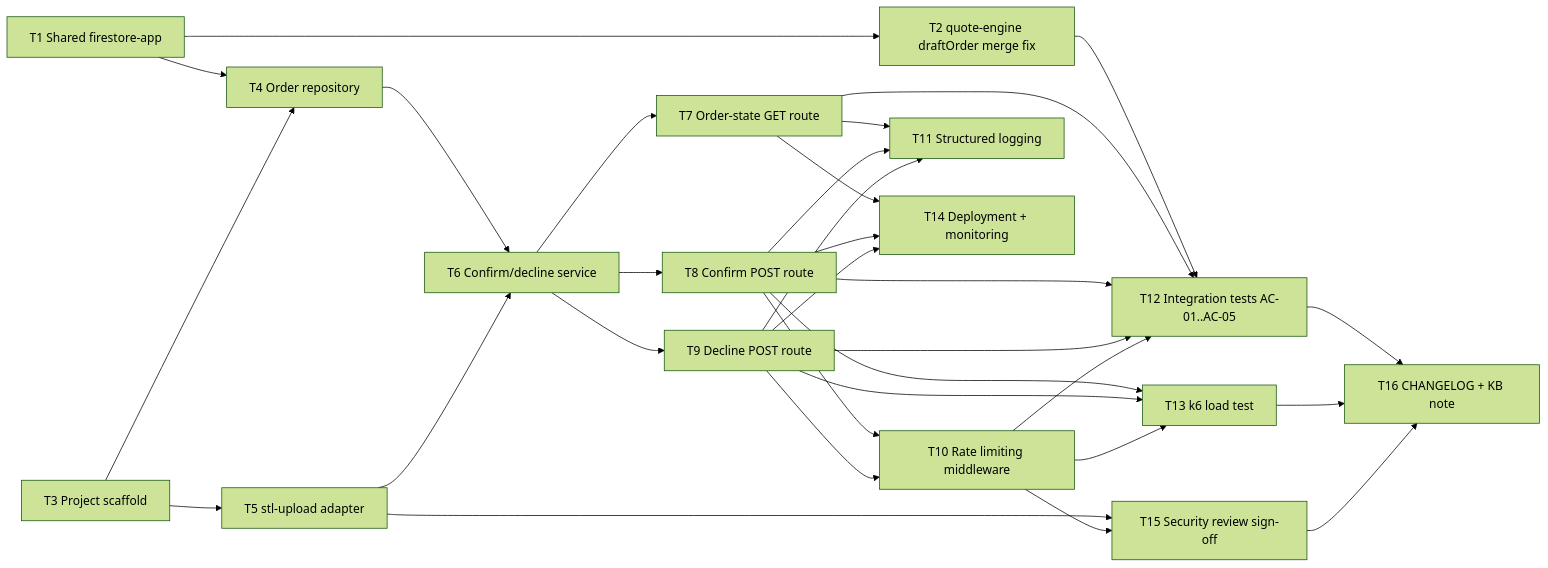
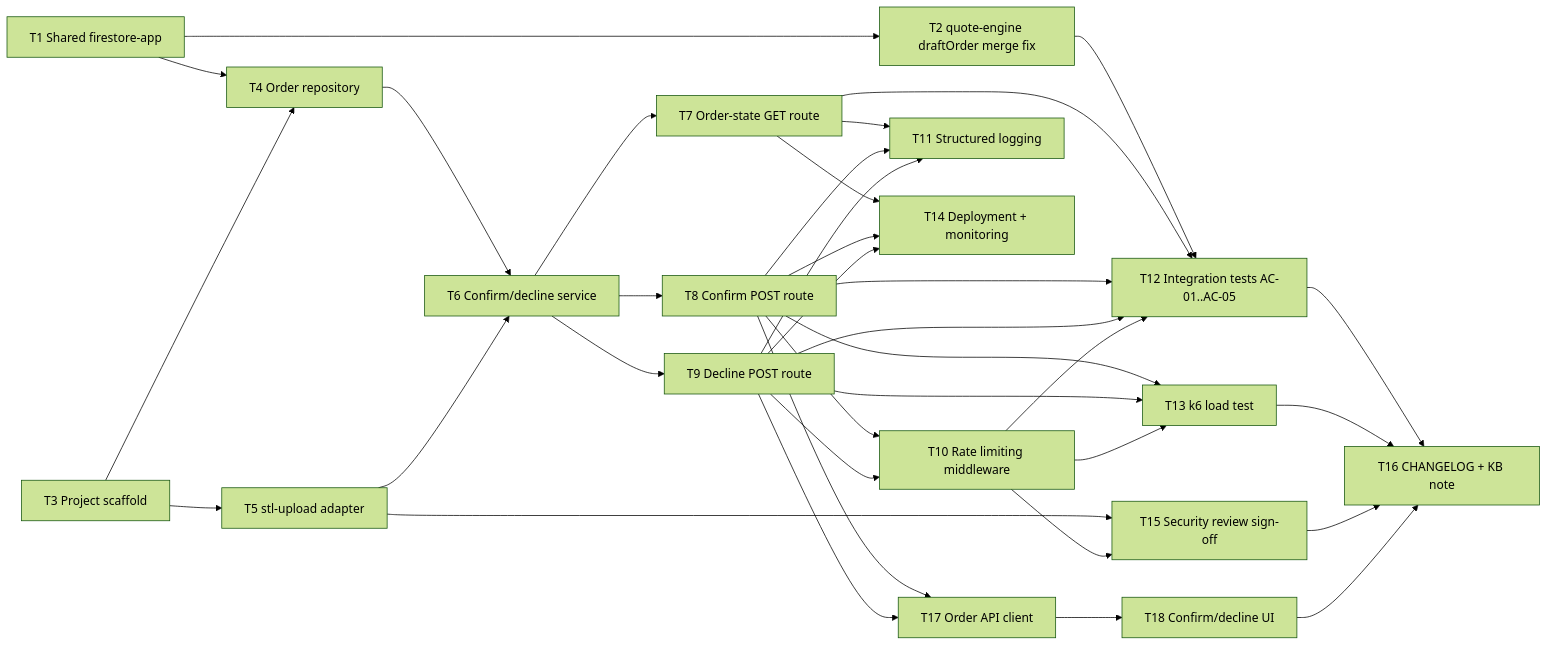
Before and after one commit to yahacom/print-marketplace: the diagram in docs/features/order-confirmation/tasks/_epic.md, drawn with Mermaid (forest theme). The commit also changed other lines of this file and 6 other files, not shown here.

````diff
--- a/docs/features/order-confirmation/tasks/_epic.md
+++ b/docs/features/order-confirmation/tasks/_epic.md
@@ -48,33 +52,37 @@
 ```mermaid
 flowchart LR
     T1[T1 Shared firestore-app] --> T2[T2 quote-engine draftOrder merge fix]
     T1 --> T4[T4 Order repository]
     T3[T3 Project scaffold] --> T4
     T3 --> T5[T5 stl-upload adapter]
     T4 --> T6[T6 Confirm/decline service]
     T5 --> T6
     T6 --> T7[T7 Order-state GET route]
     T6 --> T8[T8 Confirm POST route]
     T6 --> T9[T9 Decline POST route]
     T8 --> T10[T10 Rate limiting middleware]
     T9 --> T10
     T7 --> T11[T11 Structured logging]
     T8 --> T11
     T9 --> T11
     T2 --> T12[T12 Integration tests AC-01..AC-05]
     T7 --> T12
     T8 --> T12
     T9 --> T12
     T10 --> T12
     T8 --> T13[T13 k6 load test]
     T9 --> T13
     T10 --> T13
     T7 --> T14[T14 Deployment + monitoring]
     T8 --> T14
     T9 --> T14
     T5 --> T15[T15 Security review sign-off]
     T10 --> T15
+    T8 --> T17[T17 Order API client]
+    T9 --> T17
+    T17 --> T18[T18 Confirm/decline UI]
     T12 --> T16[T16 CHANGELOG + KB note]
     T13 --> T16
     T15 --> T16
+    T18 --> T16
 ```
````
